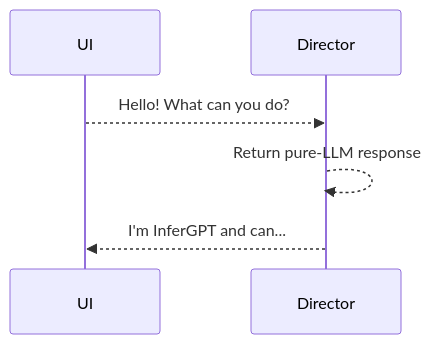
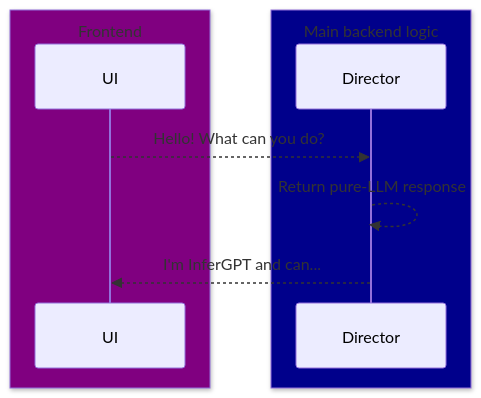
Before and after one commit to WaitThatShouldntWork/InferGPT: the first of 3 diagrams in assets/sum-my-subscriptions/happy_flows_simple.md, drawn with Mermaid. The commit also changed other lines of this file, not shown here.

Commit message:
Add coloured boxes to first example

````diff
--- a/assets/sum-my-subscriptions/happy_flows_simple.md
+++ b/assets/sum-my-subscriptions/happy_flows_simple.md
@@ -8,6 +8,12 @@
 ```mermaid
 sequenceDiagram
+    box Purple Frontend
+    participant UI
+    end
+    box DarkBlue Main backend logic
+    participant Director
+    end
     UI -->> Director: Hello! What can you do?
     Director -->> Director: Return pure-LLM response
     Director -->> UI: I'm InferGPT and can...
 ```
````
